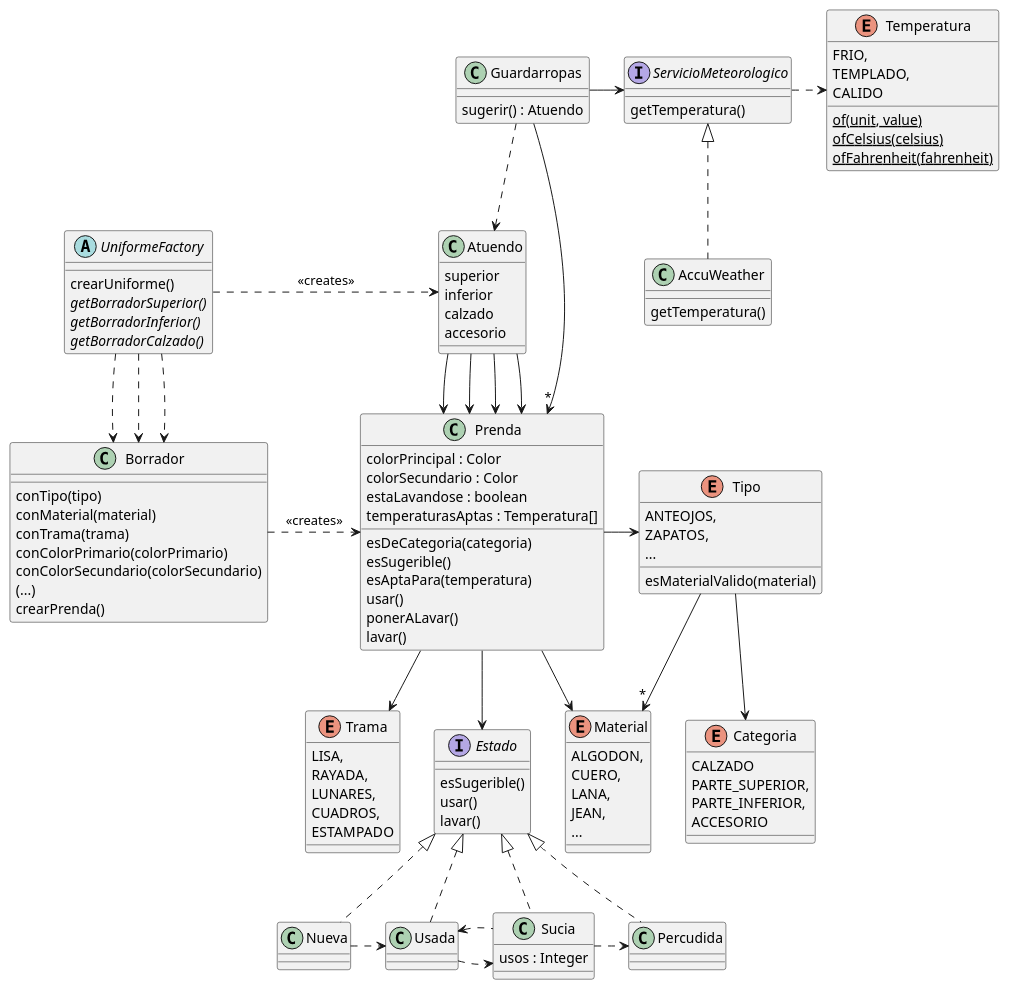
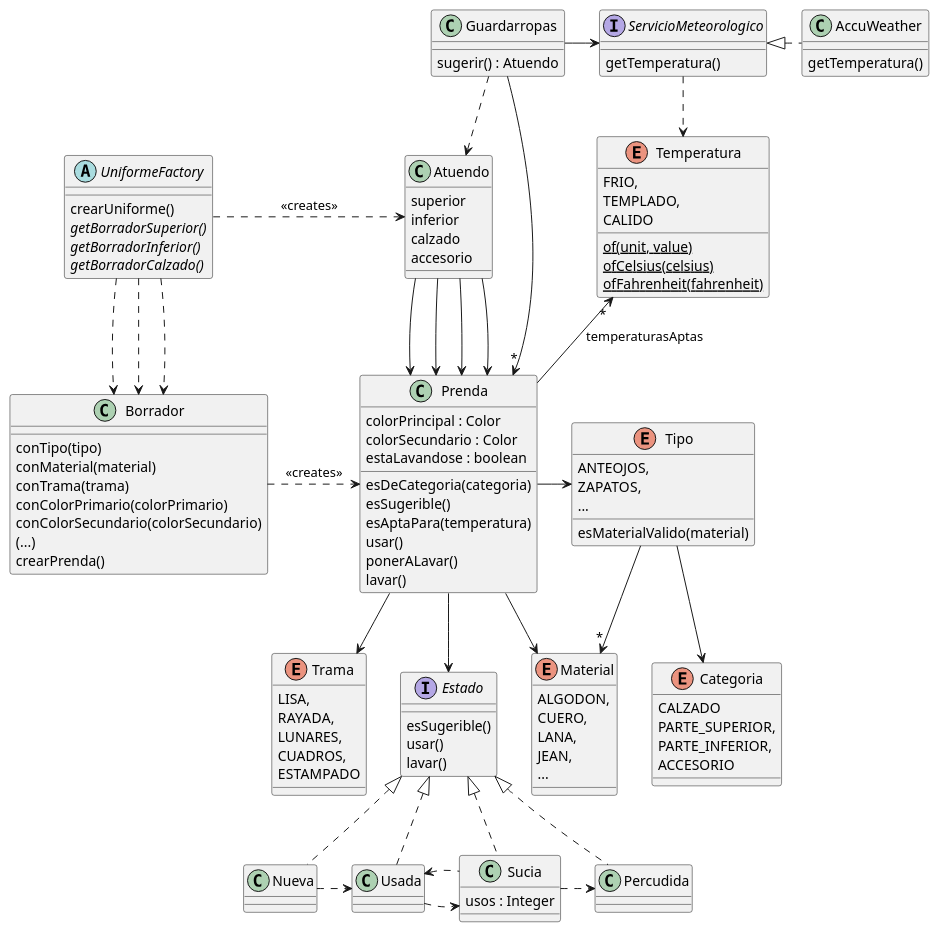
One commit to RaniAgus/dds-2022 changed the diagram in docs/diagramas/iteracion-4.puml. Above: the diagram before and after it, drawn with PlantUML.

Commit message:
actualizo iteracion-4.puml

```diff
--- a/docs/diagramas/iteracion-4.puml
+++ b/docs/diagramas/iteracion-4.puml
@@ -1,139 +1,139 @@
 @startuml iteracion-4
 
 class Guardarropas {
   sugerir() : Atuendo
 }
 
 Guardarropas ..> Atuendo
-Guardarropas --> "*" Prenda
+Guardarropas -right-> "*" Prenda
 Guardarropas -right-> ServicioMeteorologico
 
 interface ServicioMeteorologico {
     getTemperatura()
 }
 
-ServicioMeteorologico .right.> Temperatura
+ServicioMeteorologico ..> Temperatura
 
-ServicioMeteorologico <|.. AccuWeather
+ServicioMeteorologico <|.right. AccuWeather
 
 class AccuWeather {
     getTemperatura()
 }
 
 enum Temperatura {
     FRIO,
     TEMPLADO,
     CALIDO
     {static} of(unit, value)
     {static} ofCelsius(celsius)
     {static} ofFahrenheit(fahrenheit)
 }
 
 abstract UniformeFactory {
   crearUniforme()
   {abstract} getBorradorSuperior()
   {abstract} getBorradorInferior()
   {abstract} getBorradorCalzado()
 }
 
 UniformeFactory .right.> Atuendo : <<creates>>
 UniformeFactory ..> Borrador
 UniformeFactory ..> Borrador
 UniformeFactory ..> Borrador
 
 class Atuendo {
    superior
    inferior
    calzado
    accesorio
 }
 
 Atuendo --> Prenda
 Atuendo --> Prenda
 Atuendo --> Prenda
 Atuendo --> Prenda
 
 class Borrador {
   conTipo(tipo)
   conMaterial(material)
   conTrama(trama)
   conColorPrimario(colorPrimario)
   conColorSecundario(colorSecundario)
   (...)
   crearPrenda()
 }
 
 Borrador .right.> Prenda : <<creates>>
 
 class Prenda {
  colorPrincipal : Color
  colorSecundario : Color
  estaLavandose : boolean
- temperaturasAptas : Temperatura[]
  esDeCategoria(categoria)
  esSugerible()
  esAptaPara(temperatura)
  usar()
  ponerALavar()
  lavar()
 }
 
+Prenda -up-> "*" Temperatura : "temperaturasAptas"
 Prenda -right-> Tipo
 Prenda --> Material
 Prenda --> Trama
 Prenda --> Estado
 
 enum Material {
   ALGODON,
   CUERO,
   LANA,
   JEAN,
   ...
 }
 
 enum Trama {
   LISA,
   RAYADA,
   LUNARES,
   CUADROS,
   ESTAMPADO
 }
 
 enum Tipo {
   ANTEOJOS,
   ZAPATOS,
   ...
   esMaterialValido(material)
 }
 
 Tipo --> "*" Material
 Tipo --> Categoria
 
 enum Categoria {
   CALZADO
   PARTE_SUPERIOR,
   PARTE_INFERIOR,
   ACCESORIO
 }
 
 interface Estado {
  esSugerible()
  usar()
  lavar()
 }
 
 Estado <|.. Nueva
 Estado <|.. Usada
 Estado <|.. Sucia
 Estado <|.. Percudida
 
 Nueva .right.> Usada
 Usada .right.> Sucia
 Sucia .left.> Usada
 Sucia .right.> Percudida
 
 class Sucia {
   usos : Integer
 }
 
 @enduml
```
